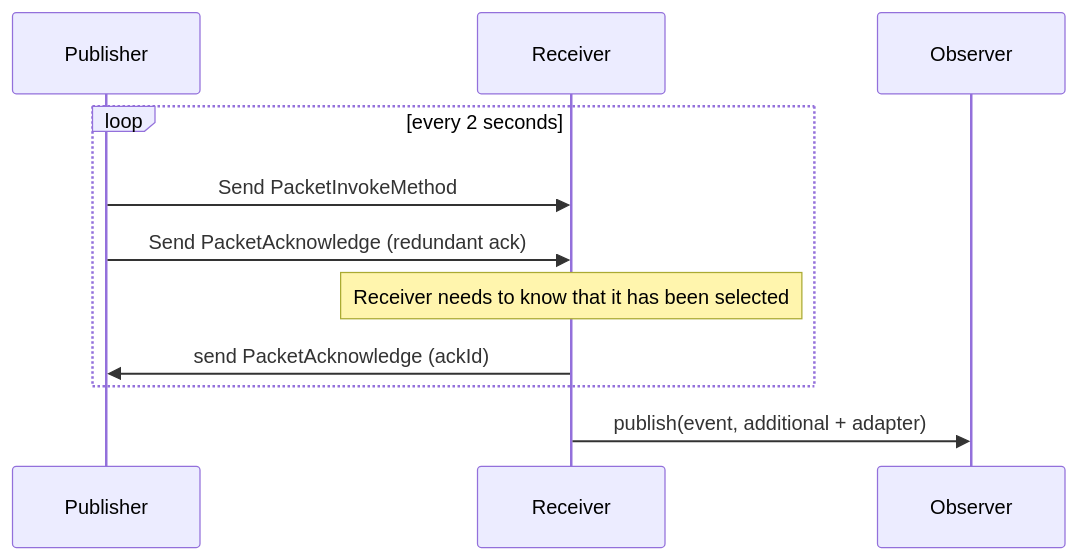
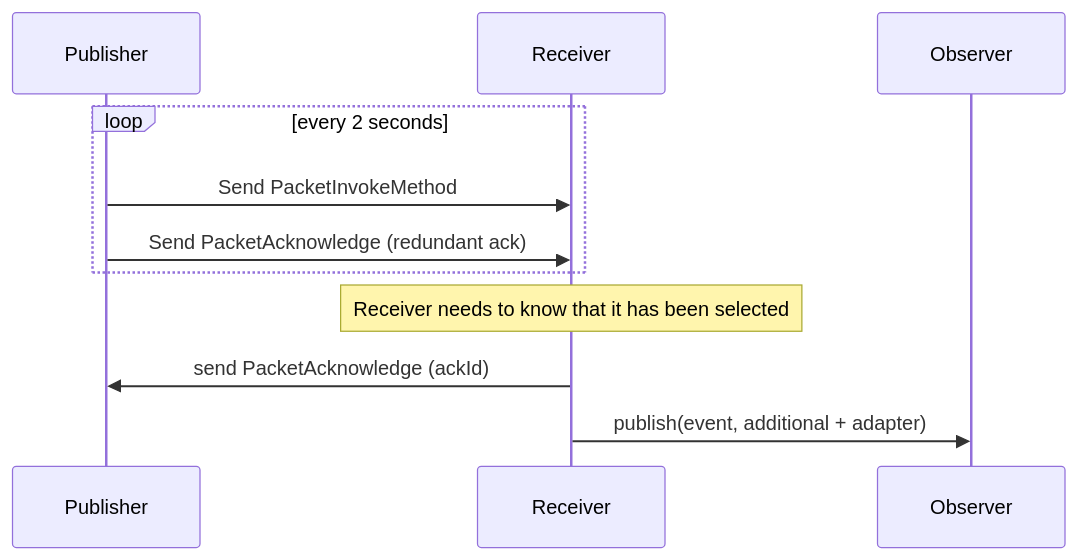
Before and after one commit to micartey/jation: the second of 2 diagrams in README.md, drawn with Mermaid. The commit also changed other lines of this file and 1 other file, not shown here.

````diff
--- a/README.md
+++ b/README.md
@@ -173,16 +173,15 @@
 ```mermaid
 sequenceDiagram
     participant Publisher
     participant Receiver
 
     loop every 2 seconds
         Publisher->>Receiver: Send PacketInvokeMethod
         Publisher->>Receiver: Send PacketAcknowledge (redundant ack)
-
-        Note over Receiver: Receiver needs to know that it has been selected
-        Receiver->>Publisher: send PacketAcknowledge (ackId)
-        
     end
+    
+    Note over Receiver: Receiver needs to know that it has been selected
+    Receiver->>Publisher: send PacketAcknowledge (ackId)
 
     Receiver->>Observer: publish(event, additional + adapter)
 ```
````
